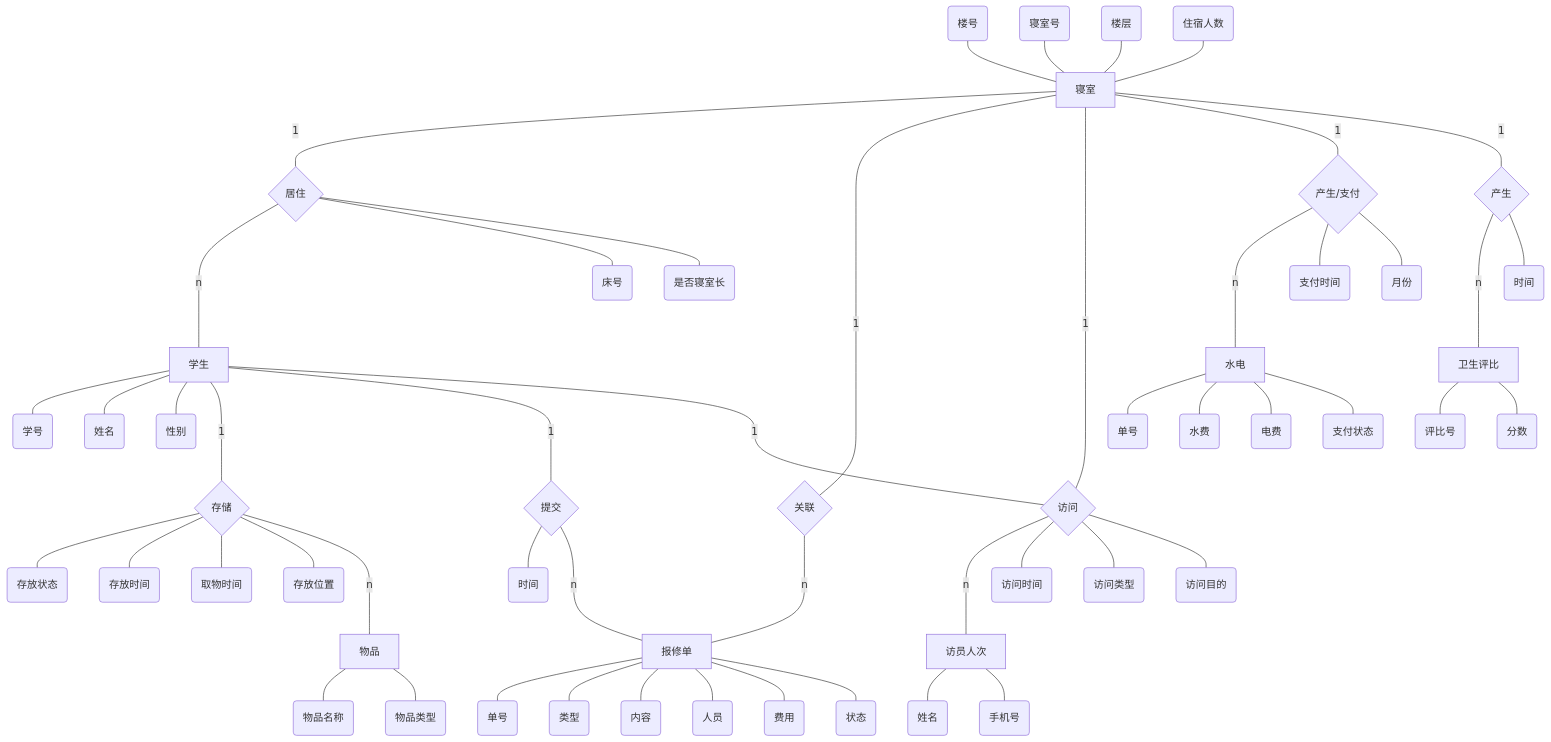
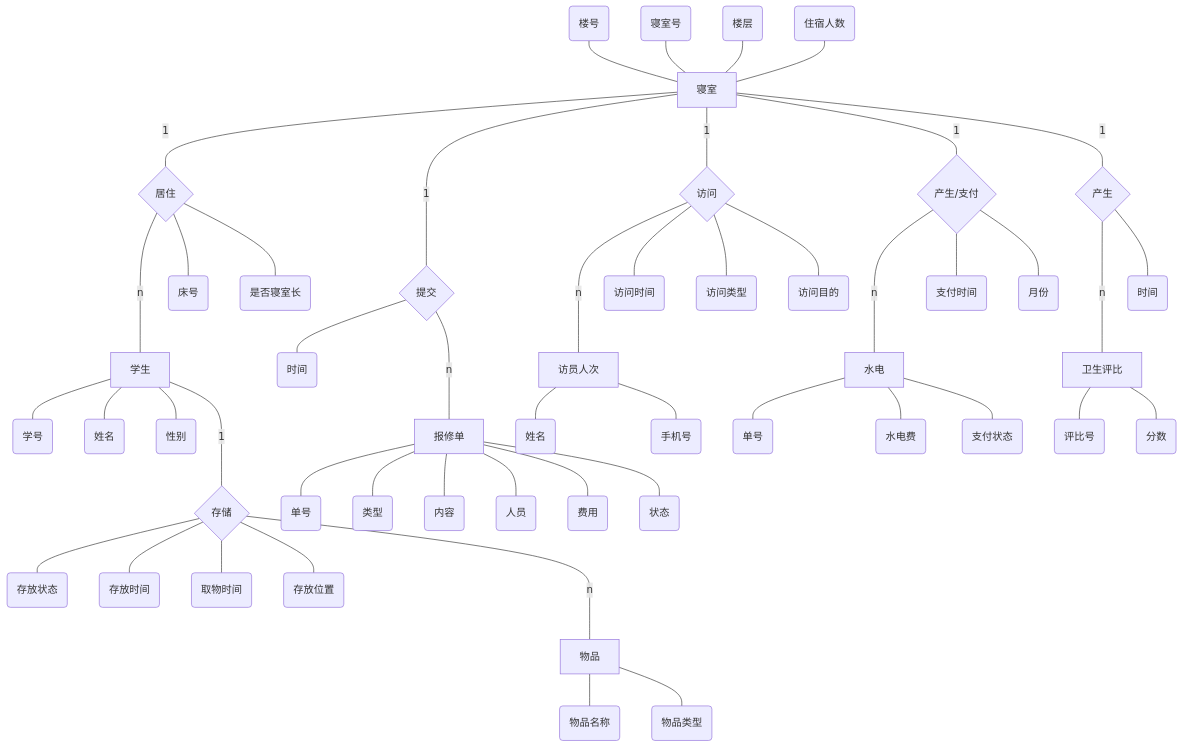
Before and after one commit to FoliAge-0x76/Dorm-DBMSProject: the diagram in docs/design/er_graph/E-R总图.mermaid, drawn with Mermaid. The commit also changed other lines of this file and 12 other files, not shown here.

````diff
--- a/docs/design/er_graph/E-R总图.mermaid
+++ b/docs/design/er_graph/E-R总图.mermaid
@@ -1,57 +21,55 @@
+```mermaid
 graph TD
 
 Bid(楼号)---Dom
 Rid(寝室号)---Dom
 Flr(楼层)---Dom
 Occ(住宿人数)---Dom
 
 Dom[寝室]--1---Liv{居住}--n----Stu[学生]---Sid(学号)
-Stu---Sna(姓名)
+Stu[学生]---Sna(姓名)
 Stu---Sex(性别)
 
 Liv---BId(床号)
 Liv---IsL(是否寝室长)
-
-
 
 Apf---SSt(存放状态)
 Apf---DeT(存放时间)
 Apf---PcT(取物时间)
 Apf---Loc(存放位置)
 Stu--1----Apf{存储}--n----Str[物品]
 Str---INa(物品名称)
 Str---Ity(物品类型)
 
-Stu[学生]--1----Sub{提交}
+Dom--1----Sub{提交}
 
 Sub---RTm(时间)
 
 Sub--n----Rep[报修单]
-Dom--1----Abt{关联}--n----Rep
 
 Rep---RId(单号)
 Rep---RTy(类型)
 Rep---RCo(内容)
 Rep---RPr(人员)
 Rep---RFe(费用)
 Rep---RSt(状态)
 
-Stu--1----App{访问}--n----SIO[访员人次]
+App{访问}--n----SIO[访员人次]
 Dom[寝室]--1---App
 App---VTm(访问时间)
 App---VTy(访问类型)
 App---VPu(访问目的)
 SIO---VNa(姓名)
 SIO---Phc(手机号)
 
 Dom[寝室]--1---Has{产生/支付}--n----Utl[水电]---Uid(单号)
 
-Utl---Wc(水费)
-Utl---Ec(电费)
+Utl---Wc(水电费)
 Utl---Sta(支付状态)
 Has---Tim(支付时间)
 Has---Mon(月份)
 
 Dom[寝室]--1---Has2{产生}--n----Hev[卫生评比]---Eid(评比号)
 Has2---Etm(时间)
 Hev---Esc(分数)
+```
````
